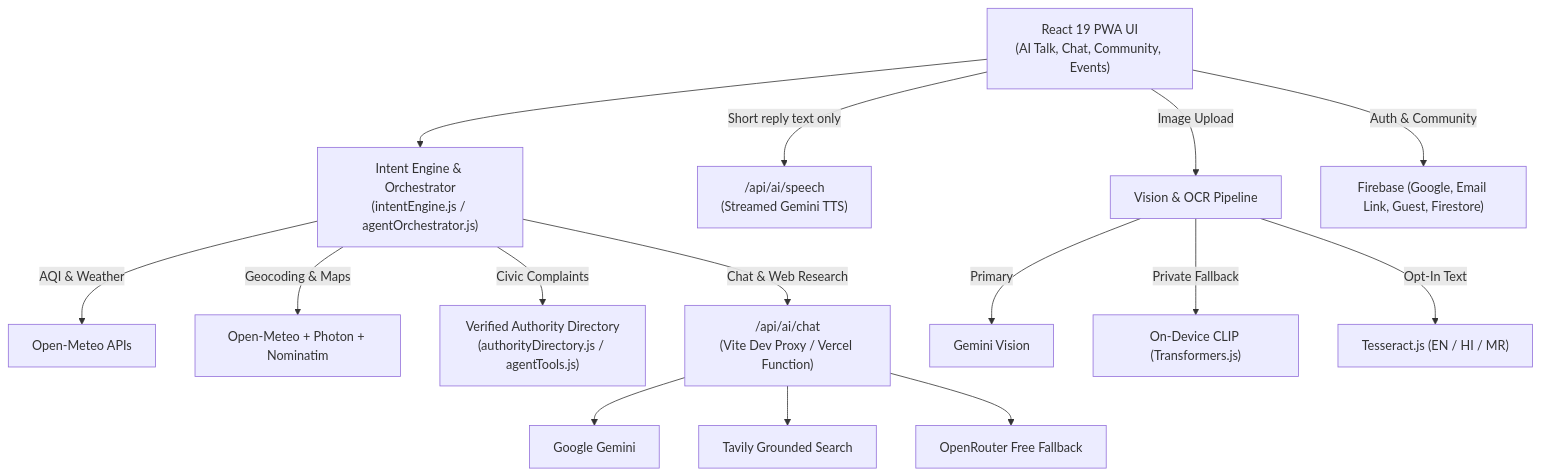
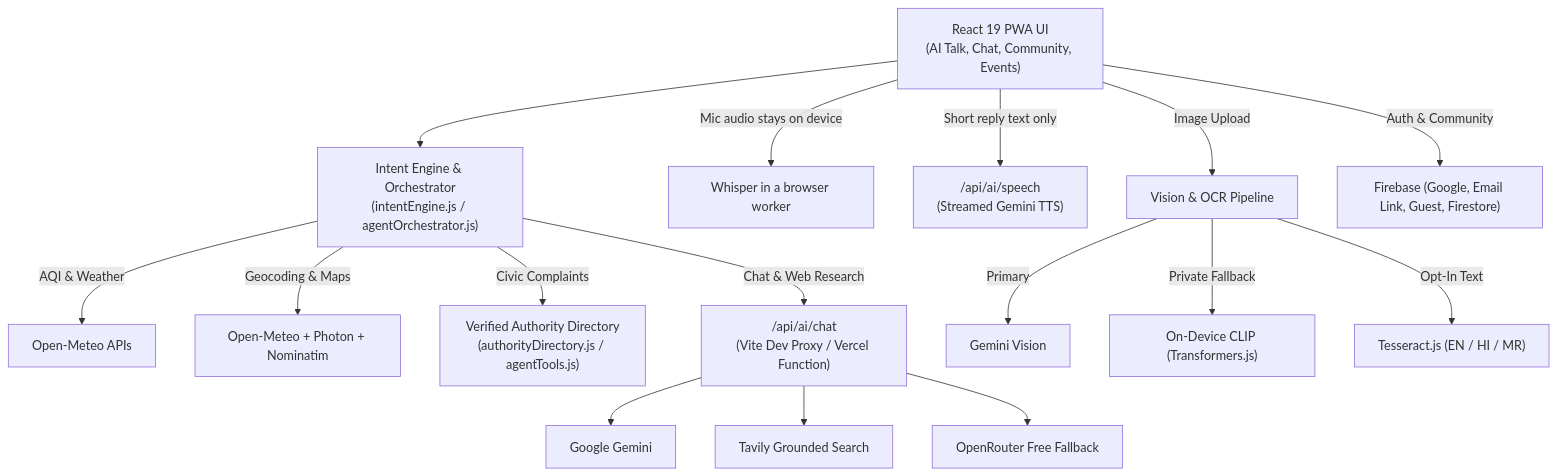
The diagram in README.md (surajns0033-collab/ecopulse-ai), drawn with Mermaid before and after one commit. The commit also changed other lines of this file and 15 other files, not shown here.

````diff
--- a/README.md
+++ b/README.md
@@ -86,21 +86,22 @@
 ```mermaid
 flowchart TB
     UI["React 19 PWA UI<br/>(AI Talk, Chat, Community, Events)"] --> IE["Intent Engine & Orchestrator<br/>(intentEngine.js / agentOrchestrator.js)"]
 
     IE -->|"AQI & Weather"| OM["Open-Meteo APIs"]
     IE -->|"Geocoding & Maps"| GEO["Open-Meteo + Photon + Nominatim"]
     IE -->|"Civic Complaints"| DIR["Verified Authority Directory<br/>(authorityDirectory.js / agentTools.js)"]
     IE -->|"Chat & Web Research"| PROXY["/api/ai/chat<br/>(Vite Dev Proxy / Vercel Function)"]
 
     PROXY --> GEM["Google Gemini"]
     PROXY --> TAV["Tavily Grounded Search"]
     PROXY --> OR["OpenRouter Free Fallback"]
+    UI -->|"Mic audio stays on device"| ASR["Whisper in a browser worker"]
     UI -->|"Short reply text only"| SPEECH["/api/ai/speech<br/>(Streamed Gemini TTS)"]
 
     UI -->|"Image Upload"| VIS["Vision & OCR Pipeline"]
     VIS -->|"Primary"| GEMV["Gemini Vision"]
     VIS -->|"Private Fallback"| CLIP["On-Device CLIP (Transformers.js)"]
     VIS -->|"Opt-In Text"| OCR["Tesseract.js (EN / HI / MR)"]
 
     UI -->|"Auth & Community"| FB["Firebase (Google, Email Link, Guest, Firestore)"]
 ```
````
